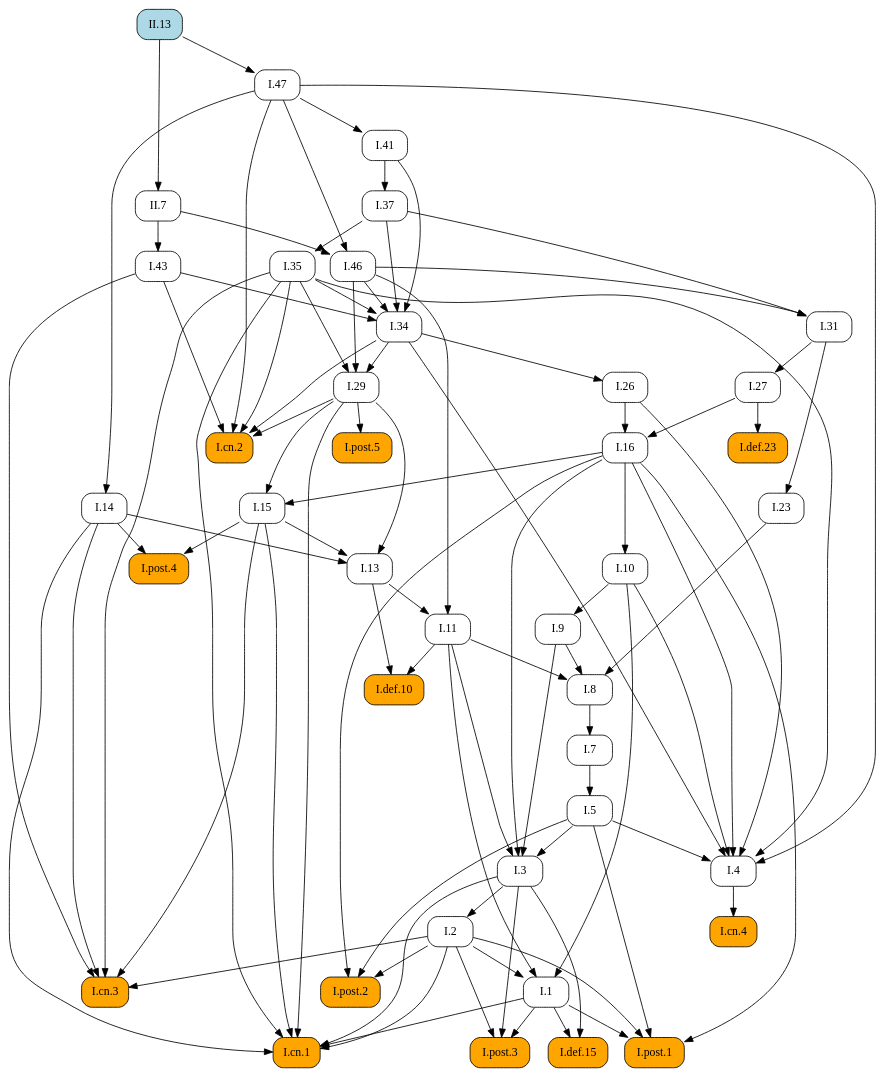
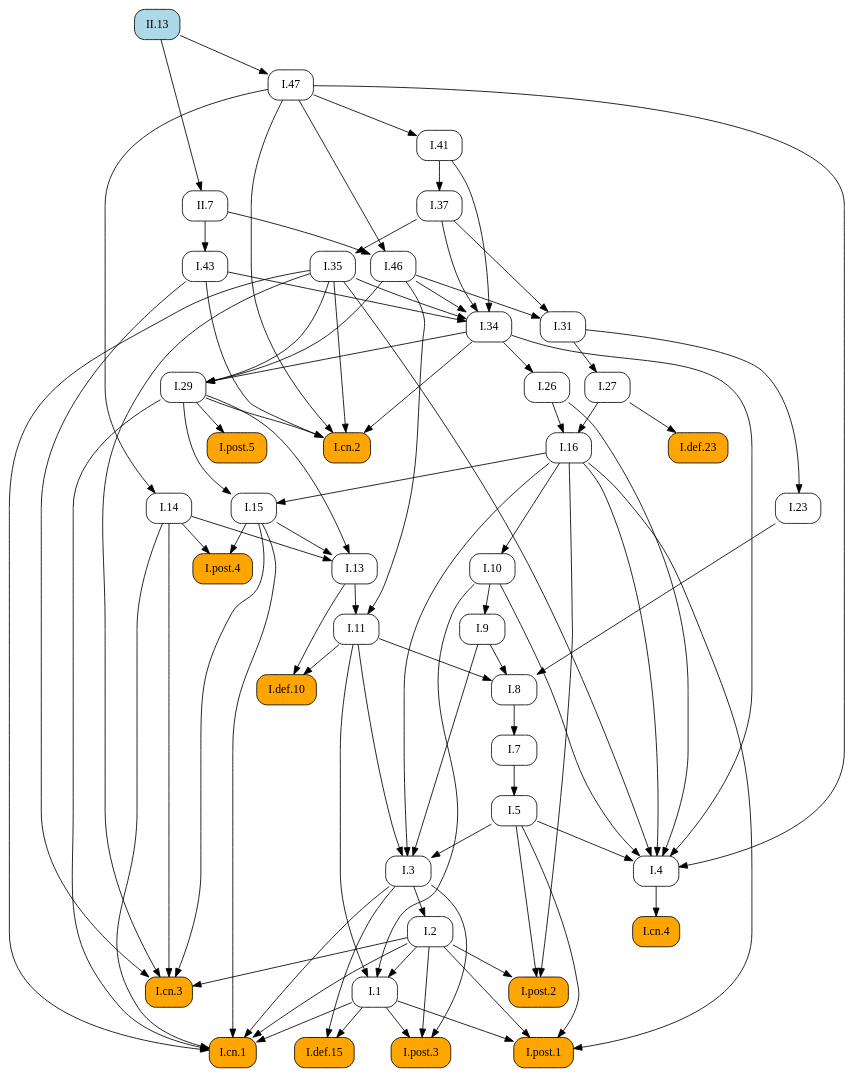
Before and after one commit to geometor/elements: the diagram in docsrc/heath/II/13/index.rst, drawn with Graphviz. The commit also changed other lines of this file and 1029 other files, not shown here.

```diff
--- a/docsrc/heath/II/13/index.rst
+++ b/docsrc/heath/II/13/index.rst
@@ -45,94 +45,106 @@
    digraph {
      rankdir="TB";
      node [shape=box, style=rounded];
+     "I.def.10" [style="rounded,filled", fillcolor=orange, URL="/heath/I/def.10/", target="_top"];
+     "I.11" [URL="/heath/I/11/", target="_top"];
+     "I.post.4" [style="rounded,filled", fillcolor=orange, URL="/heath/I/post.4/", target="_top"];
+     "I.1" [URL="/heath/I/1/", target="_top"];
+     "I.26" [URL="/heath/I/26/", target="_top"];
+     "I.29" [URL="/heath/I/29/", target="_top"];
+     "I.cn.2" [style="rounded,filled", fillcolor=orange, URL="/heath/I/cn.2/", target="_top"];
+     "I.47" [URL="/heath/I/47/", target="_top"];
+     "I.def.15" [style="rounded,filled", fillcolor=orange, URL="/heath/I/def.15/", target="_top"];
+     "I.post.3" [style="rounded,filled", fillcolor=orange, URL="/heath/I/post.3/", target="_top"];
+     "I.cn.1" [style="rounded,filled", fillcolor=orange, URL="/heath/I/cn.1/", target="_top"];
      "I.cn.3" [style="rounded,filled", fillcolor=orange, URL="/heath/I/cn.3/", target="_top"];
-     "I.29" [URL="/heath/I/29/", target="_top"];
+     "I.14" [URL="/heath/I/14/", target="_top"];
+     "I.23" [URL="/heath/I/23/", target="_top"];
+     "I.43" [URL="/heath/I/43/", target="_top"];
+     "I.post.1" [style="rounded,filled", fillcolor=orange, URL="/heath/I/post.1/", target="_top"];
+     "I.35" [URL="/heath/I/35/", target="_top"];
+     "I.41" [URL="/heath/I/41/", target="_top"];
+     "I.27" [URL="/heath/I/27/", target="_top"];
+     "I.46" [URL="/heath/I/46/", target="_top"];
+     "I.37" [URL="/heath/I/37/", target="_top"];
+     "I.34" [URL="/heath/I/34/", target="_top"];
+     "I.3" [URL="/heath/I/3/", target="_top"];
      "I.7" [URL="/heath/I/7/", target="_top"];
-     "I.27" [URL="/heath/I/27/", target="_top"];
+     "I.2" [URL="/heath/I/2/", target="_top"];
+     "I.4" [URL="/heath/I/4/", target="_top"];
      "I.def.23" [style="rounded,filled", fillcolor=orange, URL="/heath/I/def.23/", target="_top"];
-     "I.34" [URL="/heath/I/34/", target="_top"];
+     "I.13" [URL="/heath/I/13/", target="_top"];
+     "II.7" [URL="/heath/II/7/", target="_top"];
+     "I.31" [URL="/heath/I/31/", target="_top"];
+     "I.post.2" [style="rounded,filled", fillcolor=orange, URL="/heath/I/post.2/", target="_top"];
+     "I.16" [URL="/heath/I/16/", target="_top"];
+     "I.9" [URL="/heath/I/9/", target="_top"];
      "I.8" [URL="/heath/I/8/", target="_top"];
-     "I.9" [URL="/heath/I/9/", target="_top"];
-     "I.post.4" [style="rounded,filled", fillcolor=orange, URL="/heath/I/post.4/", target="_top"];
-     "I.2" [URL="/heath/I/2/", target="_top"];
-     "I.def.15" [style="rounded,filled", fillcolor=orange, URL="/heath/I/def.15/", target="_top"];
-     "I.1" [URL="/heath/I/1/", target="_top"];
-     "I.post.1" [style="rounded,filled", fillcolor=orange, URL="/heath/I/post.1/", target="_top"];
+     "II.13" [style="rounded,filled", fillcolor=lightblue, URL="/heath/II/13/", target="_top"];
      "I.cn.4" [style="rounded,filled", fillcolor=orange, URL="/heath/I/cn.4/", target="_top"];
-     "I.26" [URL="/heath/I/26/", target="_top"];
-     "II.7" [URL="/heath/II/7/", target="_top"];
-     "I.13" [URL="/heath/I/13/", target="_top"];
-     "I.23" [URL="/heath/I/23/", target="_top"];
-     "I.cn.2" [style="rounded,filled", fillcolor=orange, URL="/heath/I/cn.2/", target="_top"];
+     "I.15" [URL="/heath/I/15/", target="_top"];
+     "I.post.5" [style="rounded,filled", fillcolor=orange, URL="/heath/I/post.5/", target="_top"];
+     "I.10" [URL="/heath/I/10/", target="_top"];
      "I.5" [URL="/heath/I/5/", target="_top"];
-     "I.11" [URL="/heath/I/11/", target="_top"];
-     "I.10" [URL="/heath/I/10/", target="_top"];
-     "I.4" [URL="/heath/I/4/", target="_top"];
-     "I.3" [URL="/heath/I/3/", target="_top"];
-     "I.16" [URL="/heath/I/16/", target="_top"];
-     "II.13" [style="rounded,filled", fillcolor=lightblue, URL="/heath/II/13/", target="_top"];
-     "I.31" [URL="/heath/I/31/", target="_top"];
-     "I.def.10" [style="rounded,filled", fillcolor=orange, URL="/heath/I/def.10/", target="_top"];
-     "I.43" [URL="/heath/I/43/", target="_top"];
-     "I.46" [URL="/heath/I/46/", target="_top"];
-     "I.post.2" [style="rounded,filled", fillcolor=orange, URL="/heath/I/post.2/", target="_top"];
-     "I.post.3" [style="rounded,filled", fillcolor=orange, URL="/heath/I/post.3/", target="_top"];
-     "I.post.5" [style="rounded,filled", fillcolor=orange, URL="/heath/I/post.5/", target="_top"];
-     "I.14" [URL="/heath/I/14/", target="_top"];
-     "I.35" [URL="/heath/I/35/", target="_top"];
-     "I.47" [URL="/heath/I/47/", target="_top"];
-     "I.15" [URL="/heath/I/15/", target="_top"];
-     "I.cn.1" [style="rounded,filled", fillcolor=orange, URL="/heath/I/cn.1/", target="_top"];
-     "I.41" [URL="/heath/I/41/", target="_top"];
-     "I.37" [URL="/heath/I/37/", target="_top"];
+     "I.11" -> "I.def.10";
+     "I.13" -> "I.def.10";
+     "I.13" -> "I.11";
+     "I.46" -> "I.11";
+     "I.14" -> "I.post.4";
+     "I.15" -> "I.post.4";
+     "I.2" -> "I.1";
+     "I.10" -> "I.1";
+     "I.11" -> "I.1";
+     "I.34" -> "I.26";
+     "I.34" -> "I.29";
+     "I.35" -> "I.29";
+     "I.46" -> "I.29";
+     "I.29" -> "I.cn.2";
+     "I.34" -> "I.cn.2";
+     "I.35" -> "I.cn.2";
+     "I.43" -> "I.cn.2";
+     "I.47" -> "I.cn.2";
+     "II.13" -> "I.47";
+     "I.1" -> "I.def.15";
+     "I.3" -> "I.def.15";
+     "I.1" -> "I.post.3";
+     "I.2" -> "I.post.3";
+     "I.3" -> "I.post.3";
+     "I.1" -> "I.cn.1";
+     "I.2" -> "I.cn.1";
+     "I.3" -> "I.cn.1";
+     "I.14" -> "I.cn.1";
+     "I.15" -> "I.cn.1";
+     "I.29" -> "I.cn.1";
+     "I.35" -> "I.cn.1";
      "I.2" -> "I.cn.3";
      "I.14" -> "I.cn.3";
      "I.15" -> "I.cn.3";
      "I.35" -> "I.cn.3";
      "I.43" -> "I.cn.3";
-     "I.34" -> "I.29";
-     "I.35" -> "I.29";
-     "I.46" -> "I.29";
-     "I.8" -> "I.7";
+     "I.47" -> "I.14";
+     "I.31" -> "I.23";
+     "II.7" -> "I.43";
+     "I.1" -> "I.post.1";
+     "I.2" -> "I.post.1";
+     "I.5" -> "I.post.1";
+     "I.16" -> "I.post.1";
+     "I.37" -> "I.35";
+     "I.47" -> "I.41";
      "I.31" -> "I.27";
-     "I.27" -> "I.def.23";
+     "I.47" -> "I.46";
+     "II.7" -> "I.46";
+     "I.41" -> "I.37";
      "I.35" -> "I.34";
      "I.37" -> "I.34";
      "I.41" -> "I.34";
      "I.43" -> "I.34";
      "I.46" -> "I.34";
-     "I.9" -> "I.8";
-     "I.11" -> "I.8";
-     "I.23" -> "I.8";
-     "I.10" -> "I.9";
-     "I.14" -> "I.post.4";
-     "I.15" -> "I.post.4";
+     "I.5" -> "I.3";
+     "I.9" -> "I.3";
+     "I.11" -> "I.3";
+     "I.16" -> "I.3";
+     "I.8" -> "I.7";
      "I.3" -> "I.2";
-     "I.1" -> "I.def.15";
-     "I.3" -> "I.def.15";
-     "I.2" -> "I.1";
-     "I.10" -> "I.1";
-     "I.11" -> "I.1";
-     "I.1" -> "I.post.1";
-     "I.2" -> "I.post.1";
-     "I.5" -> "I.post.1";
-     "I.16" -> "I.post.1";
-     "I.4" -> "I.cn.4";
-     "I.34" -> "I.26";
-     "II.13" -> "II.7";
-     "I.14" -> "I.13";
-     "I.15" -> "I.13";
-     "I.29" -> "I.13";
-     "I.31" -> "I.23";
-     "I.29" -> "I.cn.2";
-     "I.34" -> "I.cn.2";
-     "I.35" -> "I.cn.2";
-     "I.43" -> "I.cn.2";
-     "I.47" -> "I.cn.2";
-     "I.7" -> "I.5";
-     "I.13" -> "I.11";
-     "I.46" -> "I.11";
-     "I.16" -> "I.10";
      "I.5" -> "I.4";
      "I.10" -> "I.4";
      "I.16" -> "I.4";
@@ -140,38 +152,26 @@
      "I.34" -> "I.4";
      "I.35" -> "I.4";
      "I.47" -> "I.4";
-     "I.5" -> "I.3";
-     "I.9" -> "I.3";
-     "I.11" -> "I.3";
-     "I.16" -> "I.3";
-     "I.26" -> "I.16";
-     "I.27" -> "I.16";
+     "I.27" -> "I.def.23";
+     "I.14" -> "I.13";
+     "I.15" -> "I.13";
+     "I.29" -> "I.13";
+     "II.13" -> "II.7";
      "I.37" -> "I.31";
      "I.46" -> "I.31";
-     "I.11" -> "I.def.10";
-     "I.13" -> "I.def.10";
-     "II.7" -> "I.43";
-     "I.47" -> "I.46";
-     "II.7" -> "I.46";
      "I.2" -> "I.post.2";
      "I.5" -> "I.post.2";
      "I.16" -> "I.post.2";
-     "I.1" -> "I.post.3";
-     "I.2" -> "I.post.3";
-     "I.3" -> "I.post.3";
-     "I.29" -> "I.post.5";
-     "I.47" -> "I.14";
-     "I.37" -> "I.35";
-     "II.13" -> "I.47";
+     "I.26" -> "I.16";
+     "I.27" -> "I.16";
+     "I.10" -> "I.9";
+     "I.9" -> "I.8";
+     "I.11" -> "I.8";
+     "I.23" -> "I.8";
+     "I.4" -> "I.cn.4";
      "I.16" -> "I.15";
      "I.29" -> "I.15";
-     "I.1" -> "I.cn.1";
-     "I.2" -> "I.cn.1";
-     "I.3" -> "I.cn.1";
-     "I.14" -> "I.cn.1";
-     "I.15" -> "I.cn.1";
-     "I.29" -> "I.cn.1";
-     "I.35" -> "I.cn.1";
-     "I.47" -> "I.41";
-     "I.41" -> "I.37";
+     "I.29" -> "I.post.5";
+     "I.16" -> "I.10";
+     "I.7" -> "I.5";
    }
```
